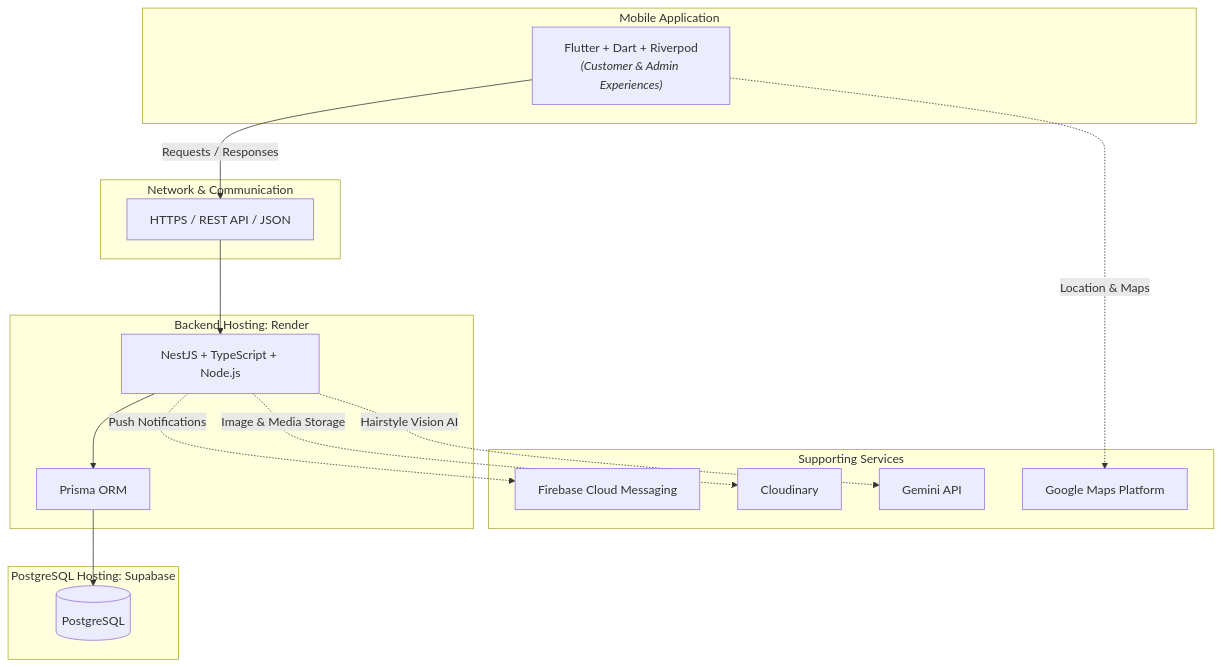
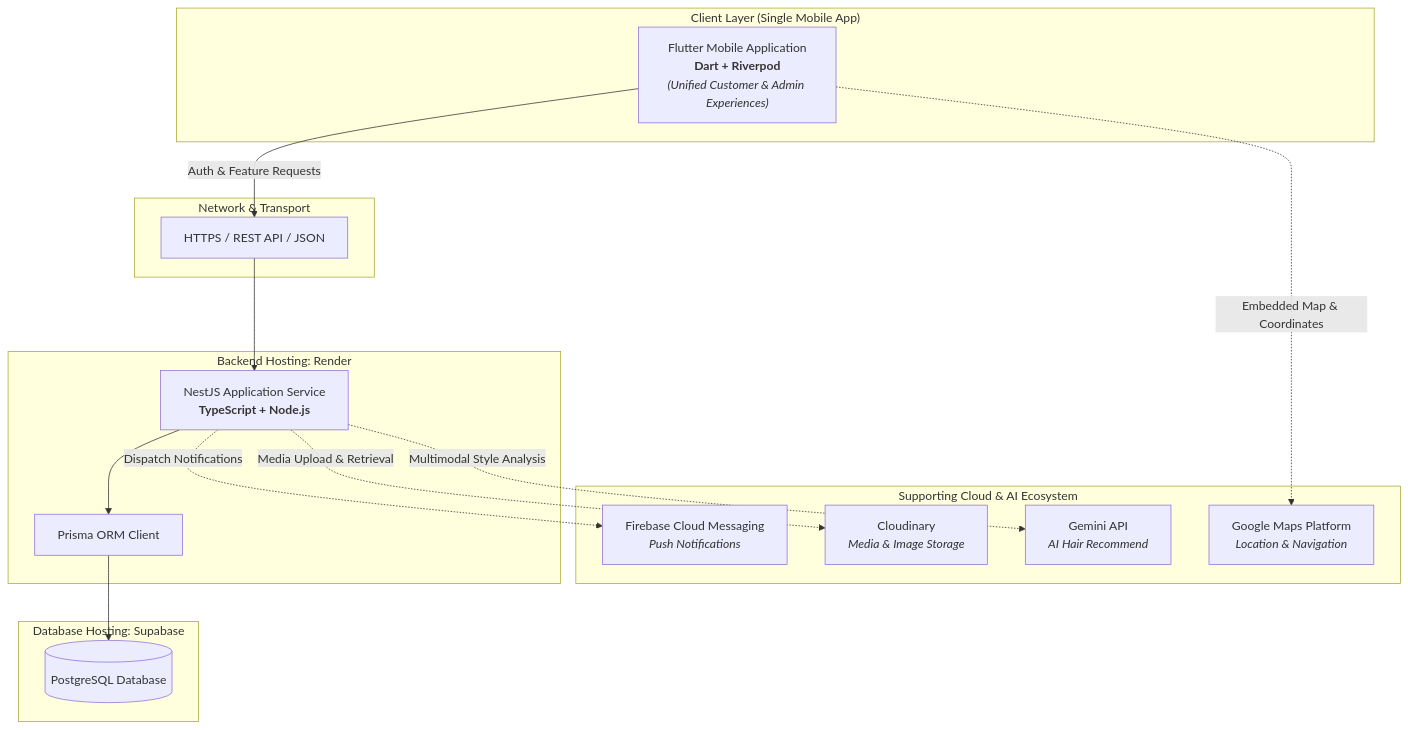
Before and after one commit to Rishikesan05/SALON-WOW-App-Development: the diagram in README.md, drawn with Mermaid. The commit also changed other lines of this file, not shown here.

````diff
--- a/README.md
+++ b/README.md
@@ -105,36 +184,36 @@
 ```mermaid
 graph TD
-    subgraph Client ["Mobile Application"]
-        App["Flutter + Dart + Riverpod<br/><i>(Customer & Admin Experiences)</i>"]
+    subgraph ClientLayer ["Client Layer (Single Mobile App)"]
+        FlutterApp["Flutter Mobile Application<br/><b>Dart + Riverpod</b><br/><i>(Unified Customer & Admin Experiences)</i>"]
     end
 
-    subgraph Network ["Network & Communication"]
+    subgraph TransportLayer ["Network & Transport"]
         API["HTTPS / REST API / JSON"]
     end
 
     subgraph BackendHosting ["Backend Hosting: Render"]
-        Server["NestJS + TypeScript + Node.js"]
-        ORM["Prisma ORM"]
+        Server["NestJS Application Service<br/><b>TypeScript + Node.js</b>"]
+        ORM["Prisma ORM Client"]
     end
 
-    subgraph DatabaseHosting ["PostgreSQL Hosting: Supabase"]
-        DB[("PostgreSQL")]
+    subgraph DatabaseHosting ["Database Hosting: Supabase"]
+        DB[("PostgreSQL Database")]
     end
 
-    subgraph SupportingServices ["Supporting Services"]
-        FCM["Firebase Cloud Messaging"]
-        Maps["Google Maps Platform"]
-        Cloudinary["Cloudinary"]
-        Gemini["Gemini API"]
+    subgraph SupportingServices ["Supporting Cloud & AI Ecosystem"]
+        FCM["Firebase Cloud Messaging<br/><i>Push Notifications</i>"]
+        Maps["Google Maps Platform<br/><i>Location & Navigation</i>"]
+        Cloudinary["Cloudinary<br/><i>Media & Image Storage</i>"]
+        Gemini["Gemini API<br/><i>AI Hair Recommend</i>"]
     end
 
-    App -->|Requests / Responses| API
+    FlutterApp -->|Auth & Feature Requests| API
     API --> Server
     Server --> ORM
     ORM --> DB
 
-    Server -.->|Push Notifications| FCM
-    Server -.->|Image & Media Storage| Cloudinary
-    Server -.->|Hairstyle Vision AI| Gemini
-    App -.->|Location & Maps| Maps
+    Server -.->|Dispatch Notifications| FCM
+    Server -.->|Media Upload & Retrieval| Cloudinary
+    Server -.->|Multimodal Style Analysis| Gemini
+    FlutterApp -.->|Embedded Map & Coordinates| Maps
 ```
````
